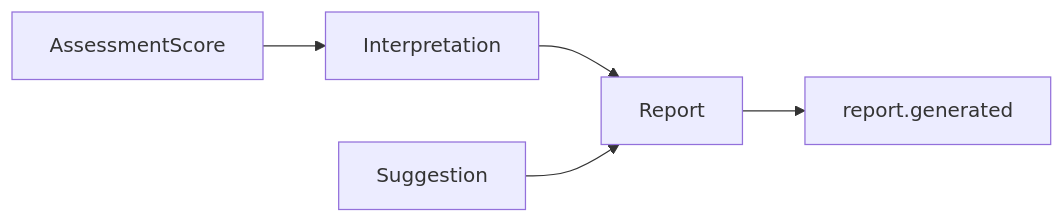
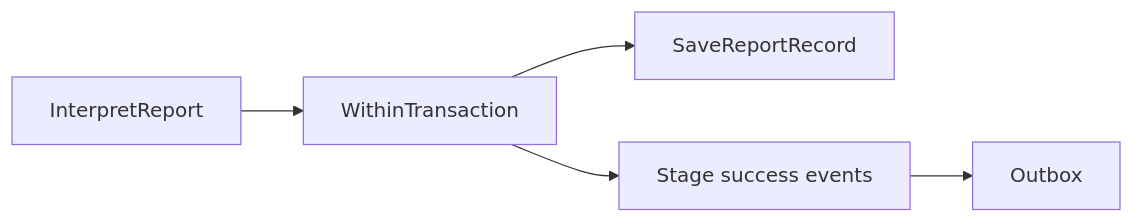
Before and after one commit to FangcunMount/qs-server: the second of 2 diagrams in docs/02-业务模块/evaluation/03-Report与Suggestion.md, drawn with Mermaid. The commit also changed other lines of this file and 8 other files, not shown here.

````diff
--- a/docs/02-业务模块/evaluation/03-Report与Suggestion.md
+++ b/docs/02-业务模块/evaluation/03-Report与Suggestion.md
@@ -14,12 +374,7 @@
 ```mermaid
 flowchart LR
-    score["AssessmentScore"]
-    interp["Interpretation"]
-    report["Report"]
-    suggestion["Suggestion"]
-    event["report.generated"]
-
-    score --> interp --> report
-    suggestion --> report
-    report --> event
+    report["InterpretReport"] --> tx["WithinTransaction"]
+    tx --> save["SaveReportRecord"]
+    tx --> stage["Stage success events"]
+    stage --> outbox["Outbox"]
 ```
````
